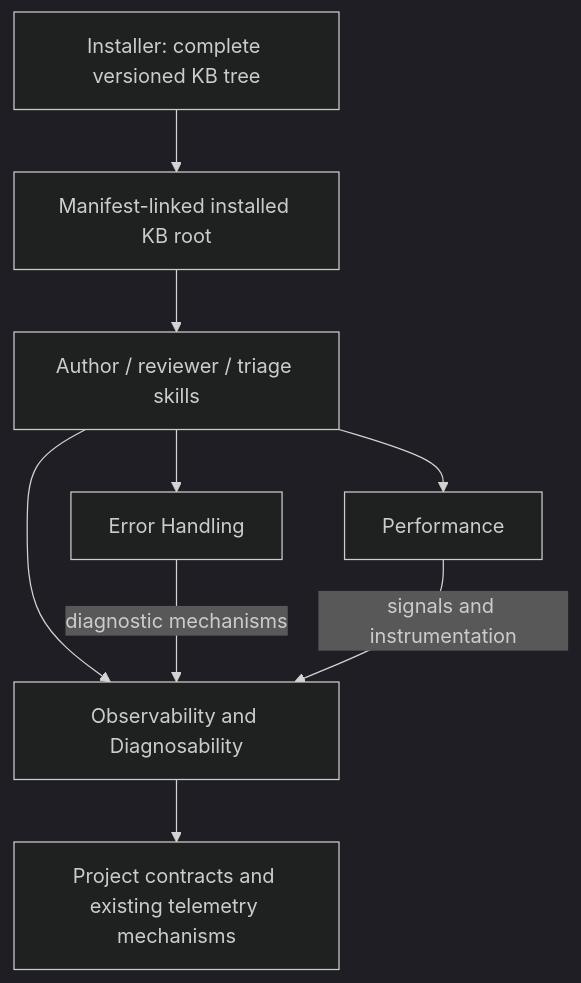
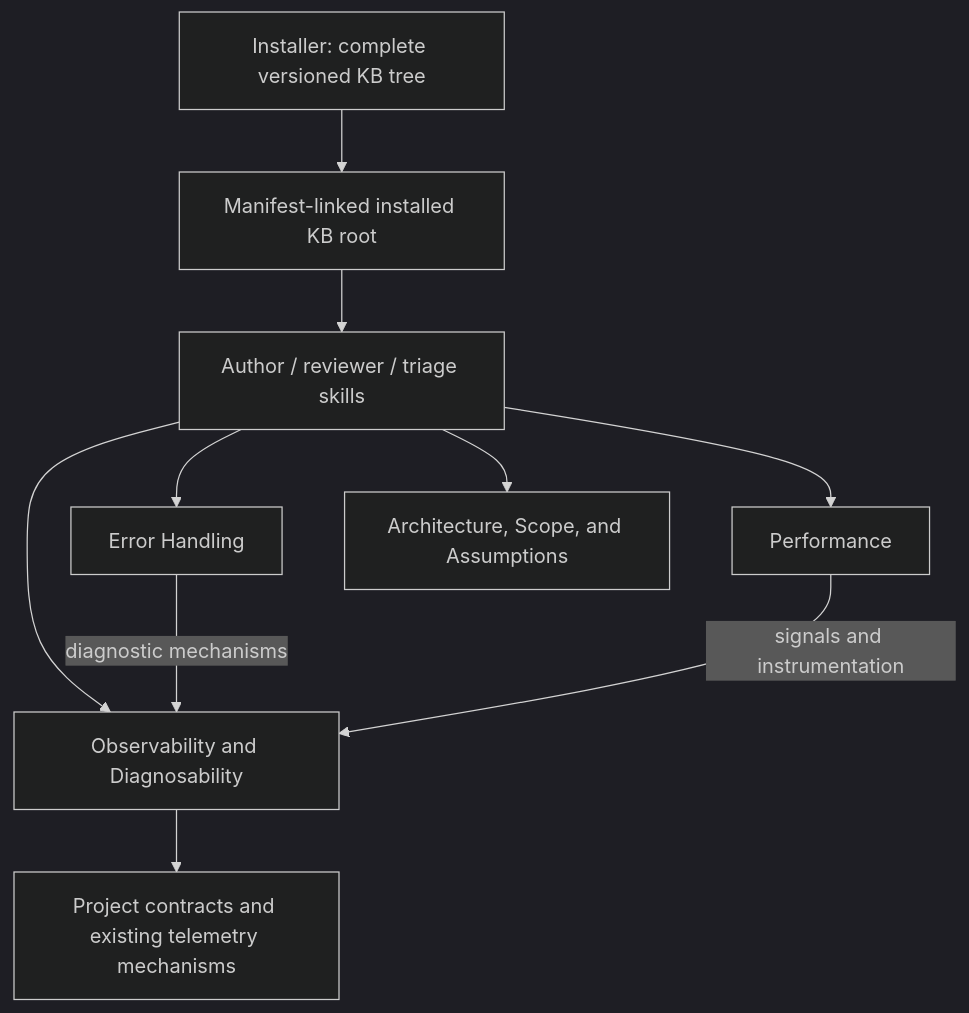
Before and after one commit to hhhhhusky777/spec-driven-delivery-playbook: the diagram in .github/spec-driven-delivery/solution-whiteboard.md, drawn with Mermaid (dark theme). The commit also changed other lines of this file and 1 other file, not shown here.

Commit message:
docs: record owner-approved architecture evidence relocation

````diff
--- a/.github/spec-driven-delivery/solution-whiteboard.md
+++ b/.github/spec-driven-delivery/solution-whiteboard.md
@@ -97,11 +99,12 @@
 ```mermaid
 flowchart TD
     W["Author / reviewer / triage skills"] --> O["Observability and Diagnosability"]
     W --> E["Error Handling"]
     W --> P["Performance"]
+    W --> A["Architecture, Scope, and Assumptions"]
     E -->|"diagnostic mechanisms"| O
     P -->|"signals and instrumentation"| O
     O --> C["Project contracts and existing telemetry mechanisms"]
     I["Installer: complete versioned KB tree"] --> K["Manifest-linked installed KB root"]
     K --> W
 ```
````
